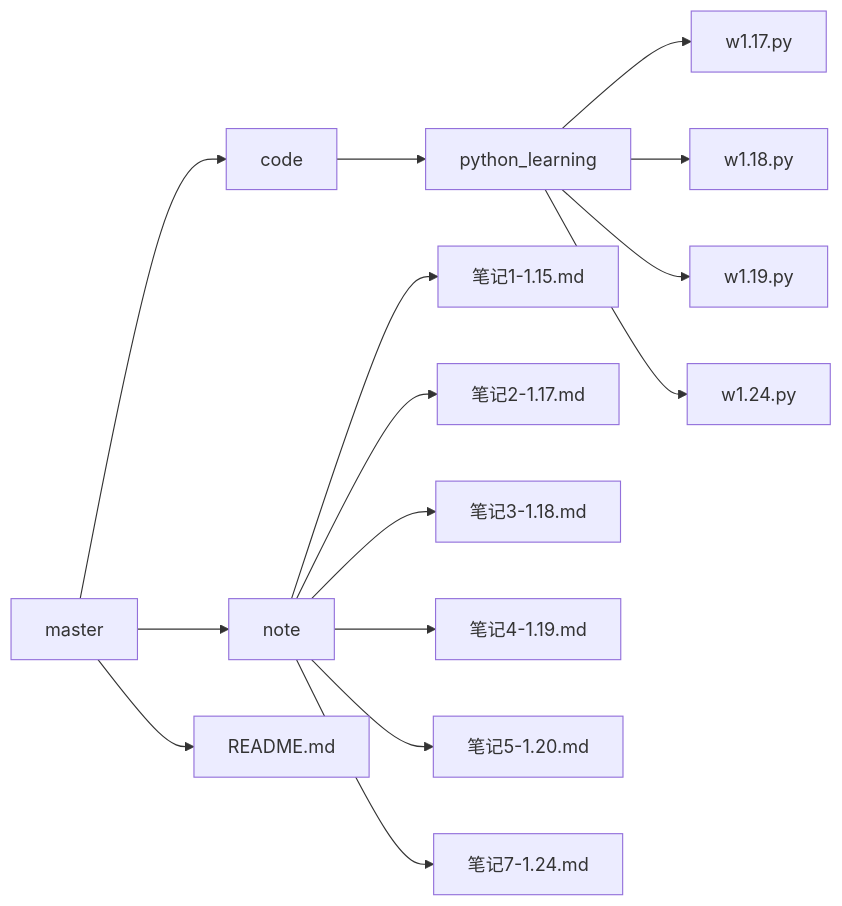
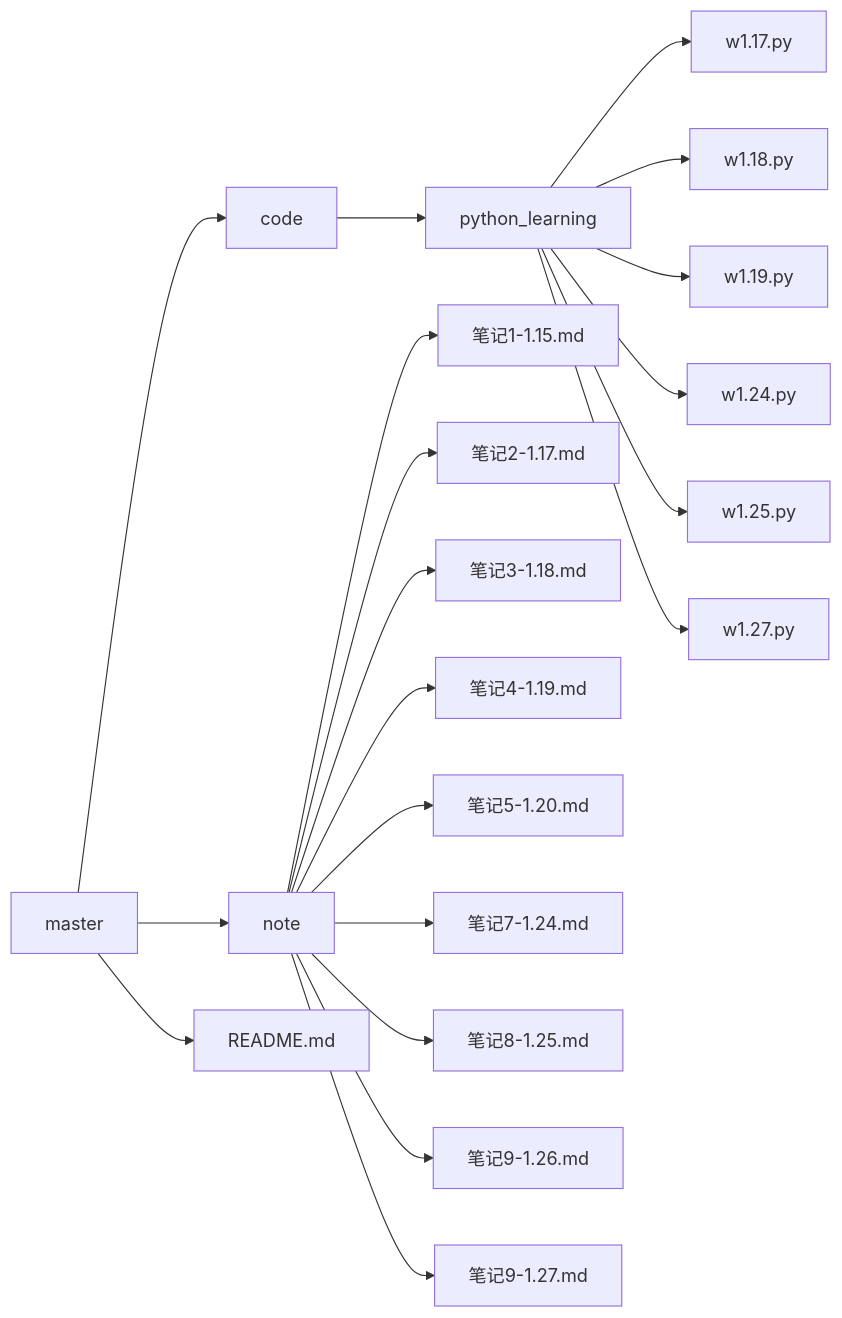
One commit to sevanthea7/QG_winter_camp changed the diagram in README.md. Above: the diagram before and after it, drawn with Mermaid. The commit also changed other lines of this file, not shown here.

````diff
--- a/README.md
+++ b/README.md
@@ -1,17 +1,22 @@
 ```mermaid
 graph LR
 master --> code
 code --> python_learning
 python_learning --> w1.17.py
 python_learning --> w1.18.py
 python_learning --> w1.19.py
 python_learning --> w1.24.py
+python_learning --> w1.25.py
+python_learning --> w1.27.py
 master --> note
 note --> 笔记1-1.15.md
 note --> 笔记2-1.17.md
 note --> 笔记3-1.18.md
 note --> 笔记4-1.19.md
 note --> 笔记5-1.20.md
 note --> 笔记7-1.24.md
+note --> 笔记8-1.25.md
+note --> 笔记9-1.26.md
+note --> 笔记9-1.27.md
 master --> README.md
 ```
````
